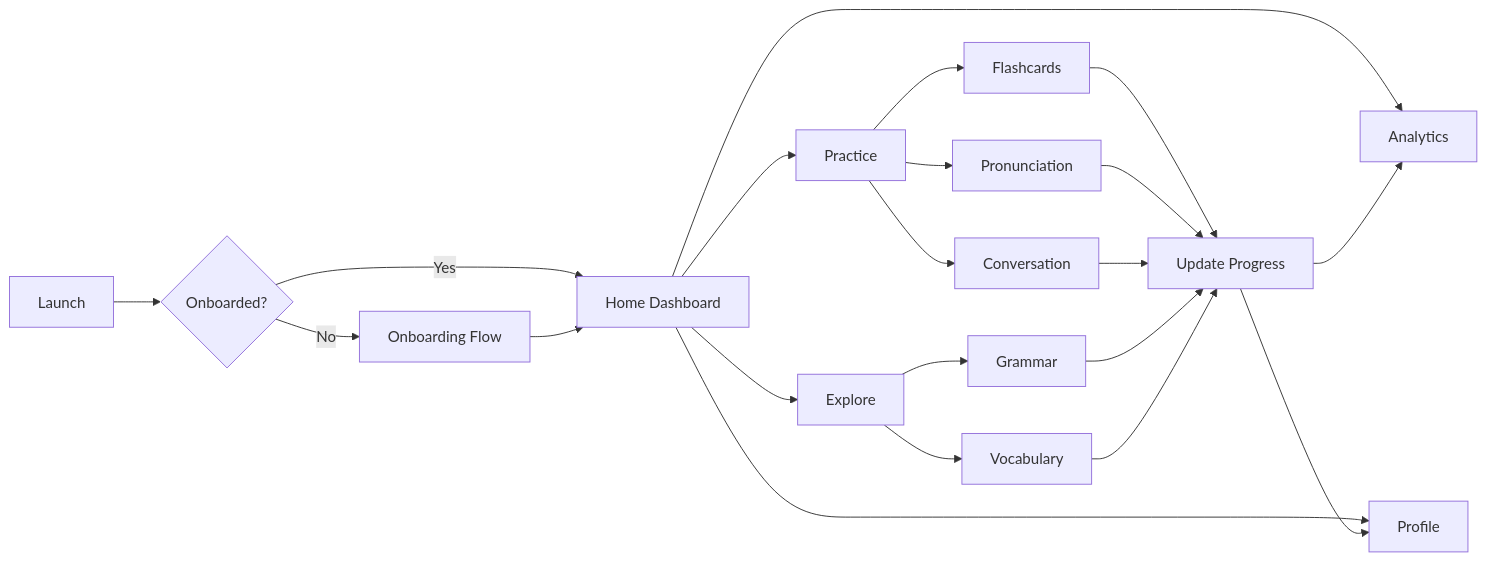
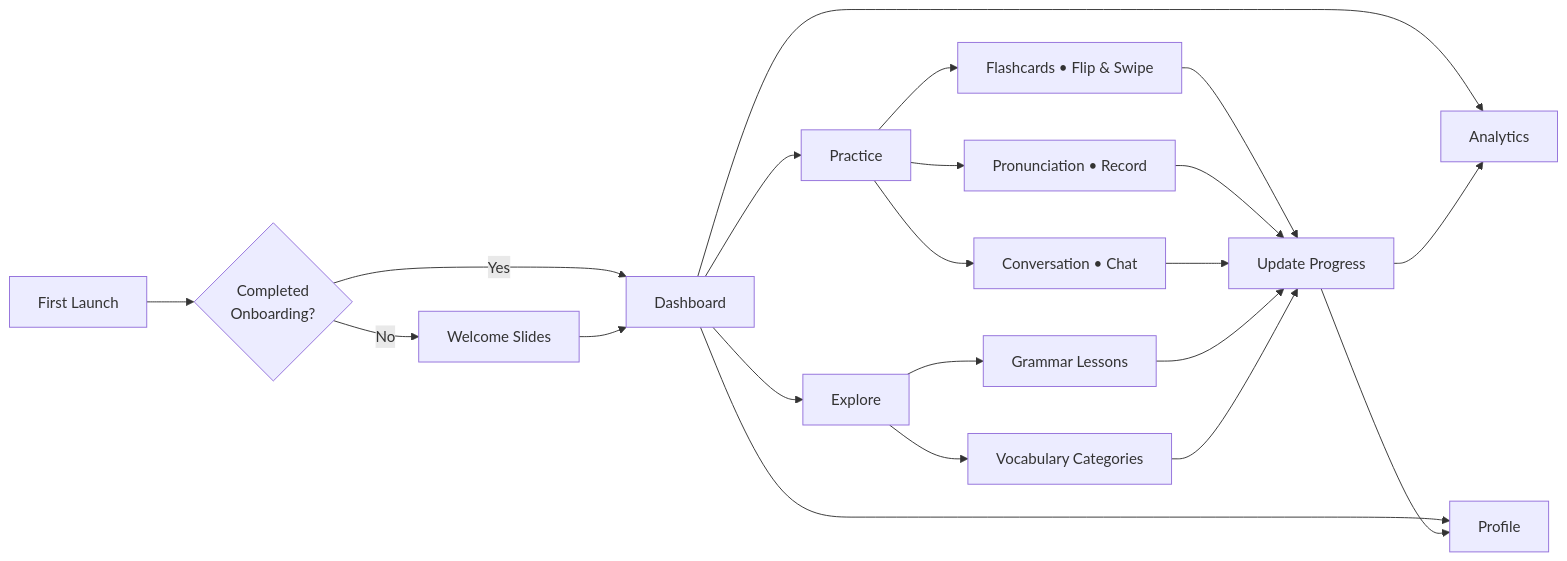
Before and after one commit to ranker-002/fluent-english: the second of 2 diagrams in README.md, drawn with Mermaid. The commit also changed other lines of this file, not shown here.

````diff
--- a/README.md
+++ b/README.md
@@ -230,28 +254,28 @@
 ```mermaid
 flowchart LR
-  A[Launch] --> B{Onboarded?}
-  B -->|No| C[Onboarding Flow]
-  B -->|Yes| D[Home Dashboard]
+  A[First Launch] --> B{Completed<br/>Onboarding?}
+  B -->|No| C[Welcome Slides]
+  B -->|Yes| D[Dashboard]
   C --> D
 
   D --> E[Practice]
   D --> F[Explore]
   D --> G[Analytics]
   D --> H[Profile]
 
-  E --> I[Flashcards]
-  E --> J[Pronunciation]
-  E --> K[Conversation]
+  E --> I[Flashcards • Flip & Swipe]
+  E --> J[Pronunciation • Record]
+  E --> K[Conversation • Chat]
 
-  F --> L[Grammar]
-  F --> M[Vocabulary]
+  F --> L[Grammar Lessons]
+  F --> M[Vocabulary Categories]
 
   I --> N[Update Progress]
   J --> N
   K --> N
   L --> N
   M --> N
 
   N --> G
   N --> H
 ```
````
